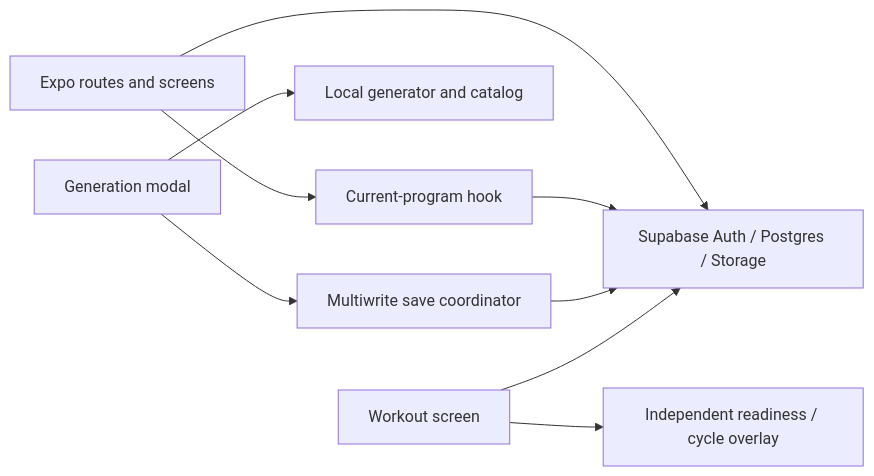
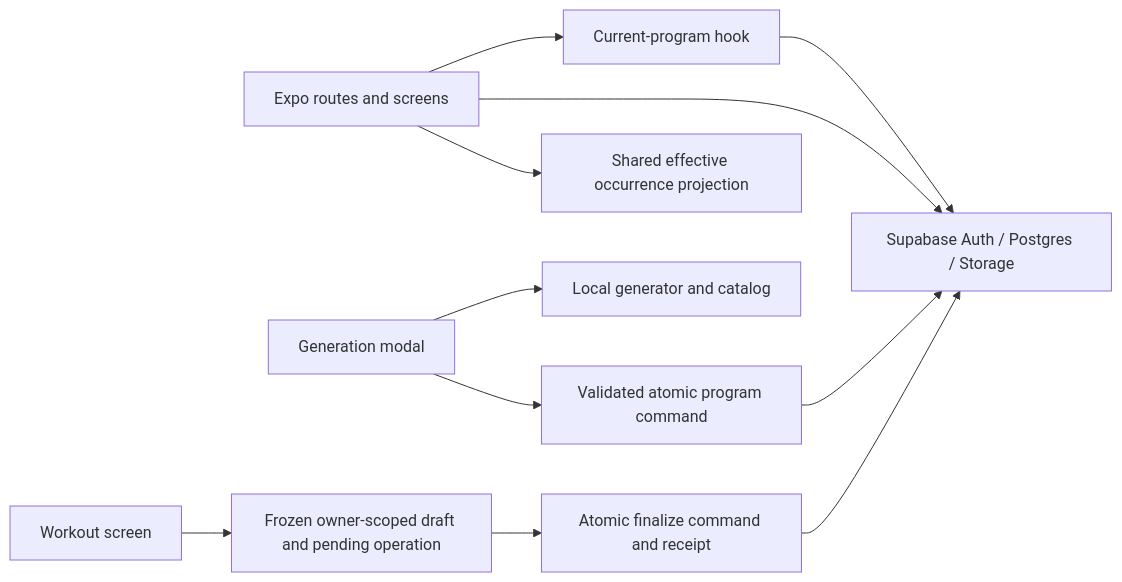
The first of 2 diagrams in dev-doc/plans/active/ADAPTIVPUSH-MASTER-PLAN.md (dani-sch/AdaptivPush), drawn with Mermaid before and after one commit. The commit also changed other lines of this file and 12 other files, not shown here.

````diff
--- a/dev-doc/plans/active/ADAPTIVPUSH-MASTER-PLAN.md
+++ b/dev-doc/plans/active/ADAPTIVPUSH-MASTER-PLAN.md
@@ -52,11 +52,13 @@
 ```mermaid
 flowchart LR
   Screens[Expo routes and screens] --> Hook[Current-program hook]
   Screens --> DB[Supabase Auth / Postgres / Storage]
   Hook --> DB
   Modal[Generation modal] --> Generator[Local generator and catalog]
-  Modal --> Save[Multiwrite save coordinator]
+  Modal --> Save[Validated atomic program command]
   Save --> DB
-  Workout[Workout screen] --> Overlay[Independent readiness / cycle overlay]
-  Workout --> DB
+  Workout[Workout screen] --> Draft[Frozen owner-scoped draft and pending operation]
+  Draft --> Finalize[Atomic finalize command and receipt]
+  Finalize --> DB
+  Screens --> Occurrence[Shared effective occurrence projection]
 ```
````
